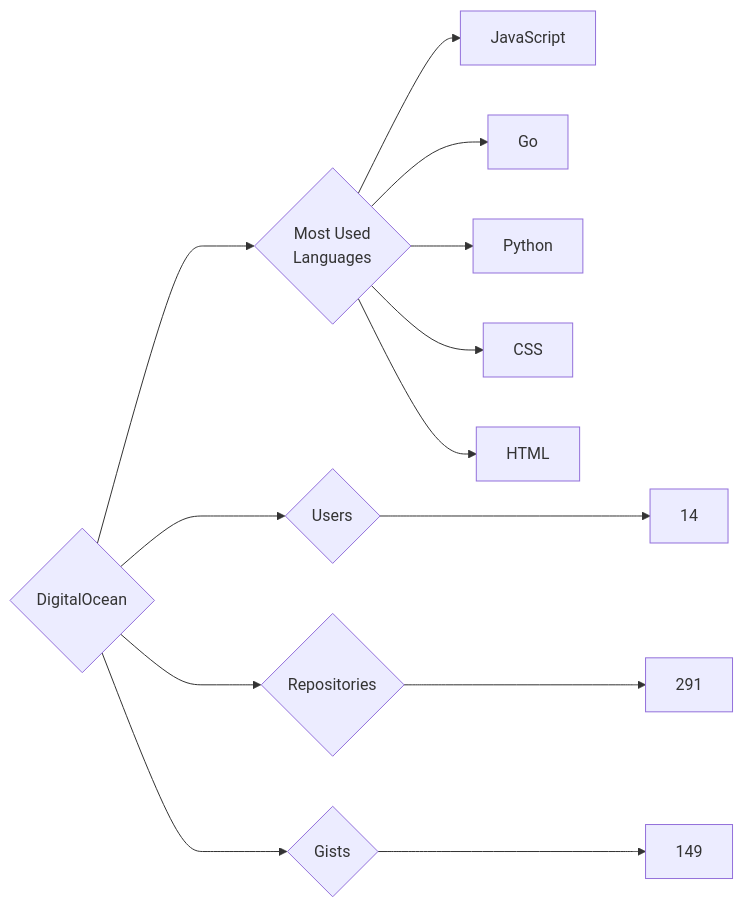
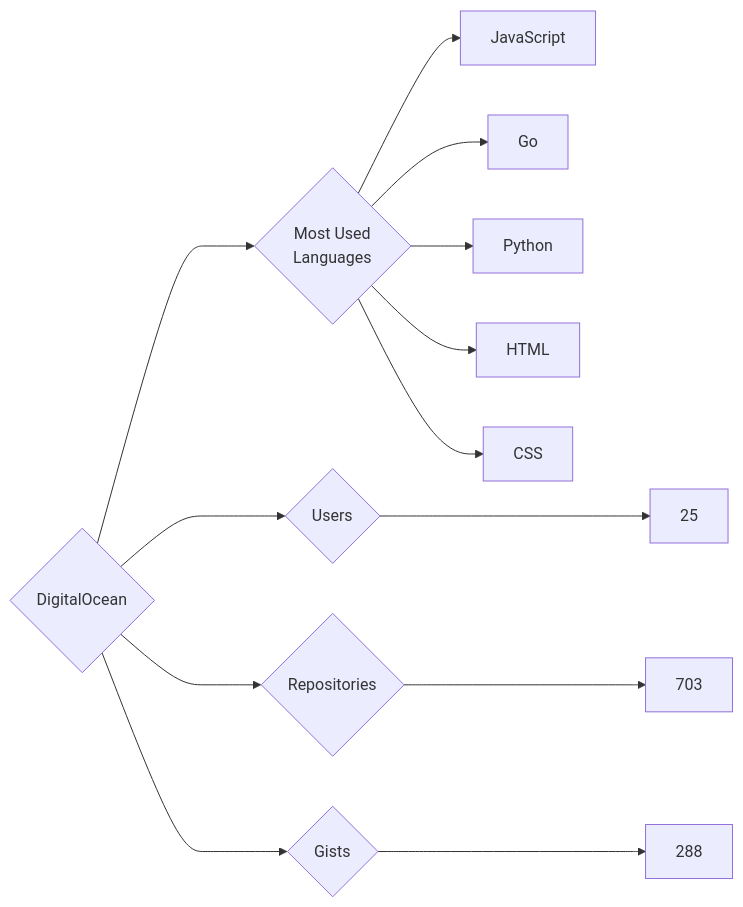
One commit to trickest/insiders changed the diagram in targets/DigitalOcean/README.md. Above: the diagram before and after it, drawn with Mermaid. The commit also changed 860 other files, not shown here.

````diff
--- a/targets/DigitalOcean/README.md
+++ b/targets/DigitalOcean/README.md
@@ -3,13 +3,13 @@
 ```mermaid
 graph LR
 COMPANY_NAME{DigitalOcean}
-COMPANY_NAME ---> U{Users} ---> UN[14]
-COMPANY_NAME ---> R{Repositories} ---> RN[291]
-COMPANY_NAME ---> G{Gists} ---> GN[149]
+COMPANY_NAME ---> U{Users} ---> UN[25]
+COMPANY_NAME ---> R{Repositories} ---> RN[703]
+COMPANY_NAME ---> G{Gists} ---> GN[288]
 COMPANY_NAME ---> ML{Most Used<br>Languages}
 ML --> JavaScript[JavaScript]
 ML --> Go[Go]
 ML --> Python[Python]
+ML --> HTML[HTML]
 ML --> CSS[CSS]
-ML --> HTML[HTML]
 ```
````
